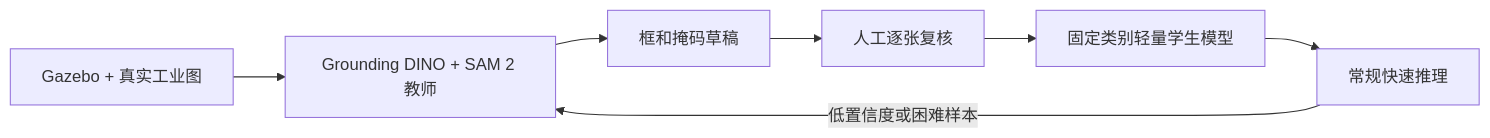
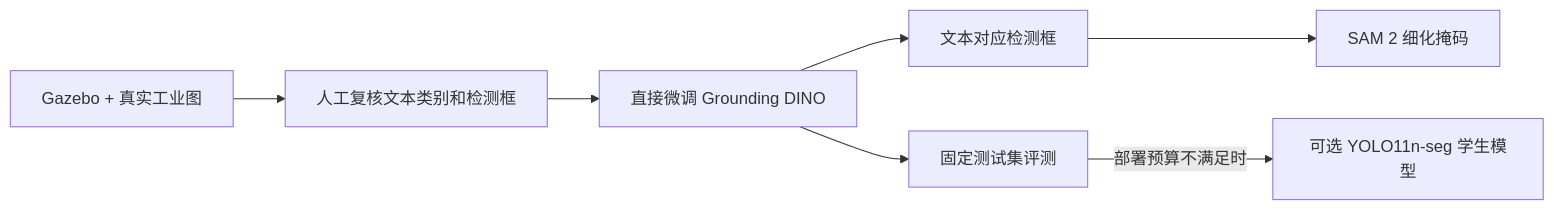
One commit to Yiannnn-202/SensorAgent changed the second of 2 diagrams in docs/guides/vision_open_vocab_cn.md. Above: the diagram before and after it, drawn with Mermaid. The commit also changed other lines of this file and 15 other files, not shown here.

Commit message:
feat(vision): fine-tune Grounding DINO directly

````diff
--- a/docs/guides/vision_open_vocab_cn.md
+++ b/docs/guides/vision_open_vocab_cn.md
@@ -414,9 +452,9 @@
 ```mermaid
 flowchart LR
-  data["Gazebo + 真实工业图"] --> teacher["Grounding DINO + SAM 2 教师"]
-  teacher --> draft["框和掩码草稿"]
-  draft --> review["人工逐张复核"]
-  review --> student["固定类别轻量学生模型"]
-  student --> route["常规快速推理"]
-  route -->|"低置信度或困难样本"| teacher
+  data["Gazebo + 真实工业图"] --> review["人工复核文本类别和检测框"]
+  review --> dino["直接微调 Grounding DINO"]
+  dino --> box["文本对应检测框"]
+  box --> sam["SAM 2 细化掩码"]
+  dino --> assess["固定测试集评测"]
+  assess -->|"部署预算不满足时"| student["可选 YOLO11n-seg 学生模型"]
 ```
````
